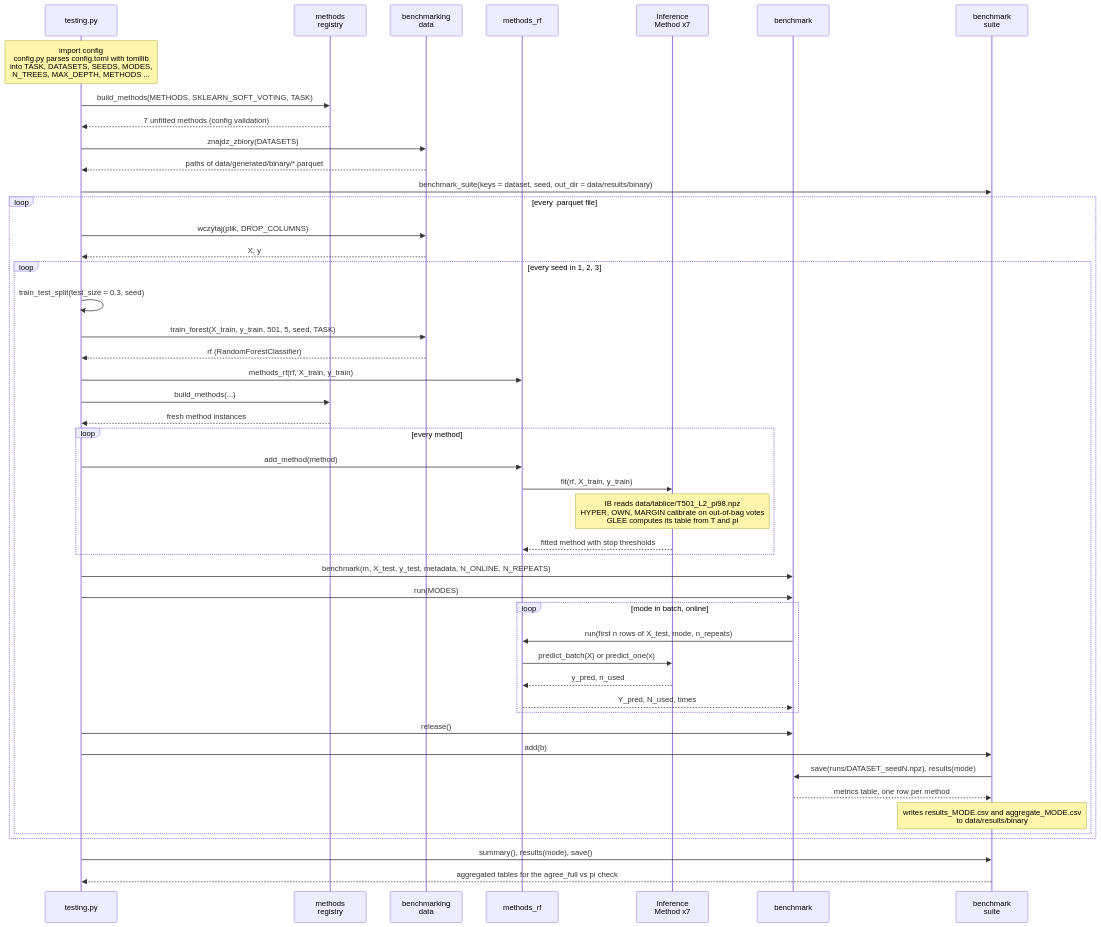
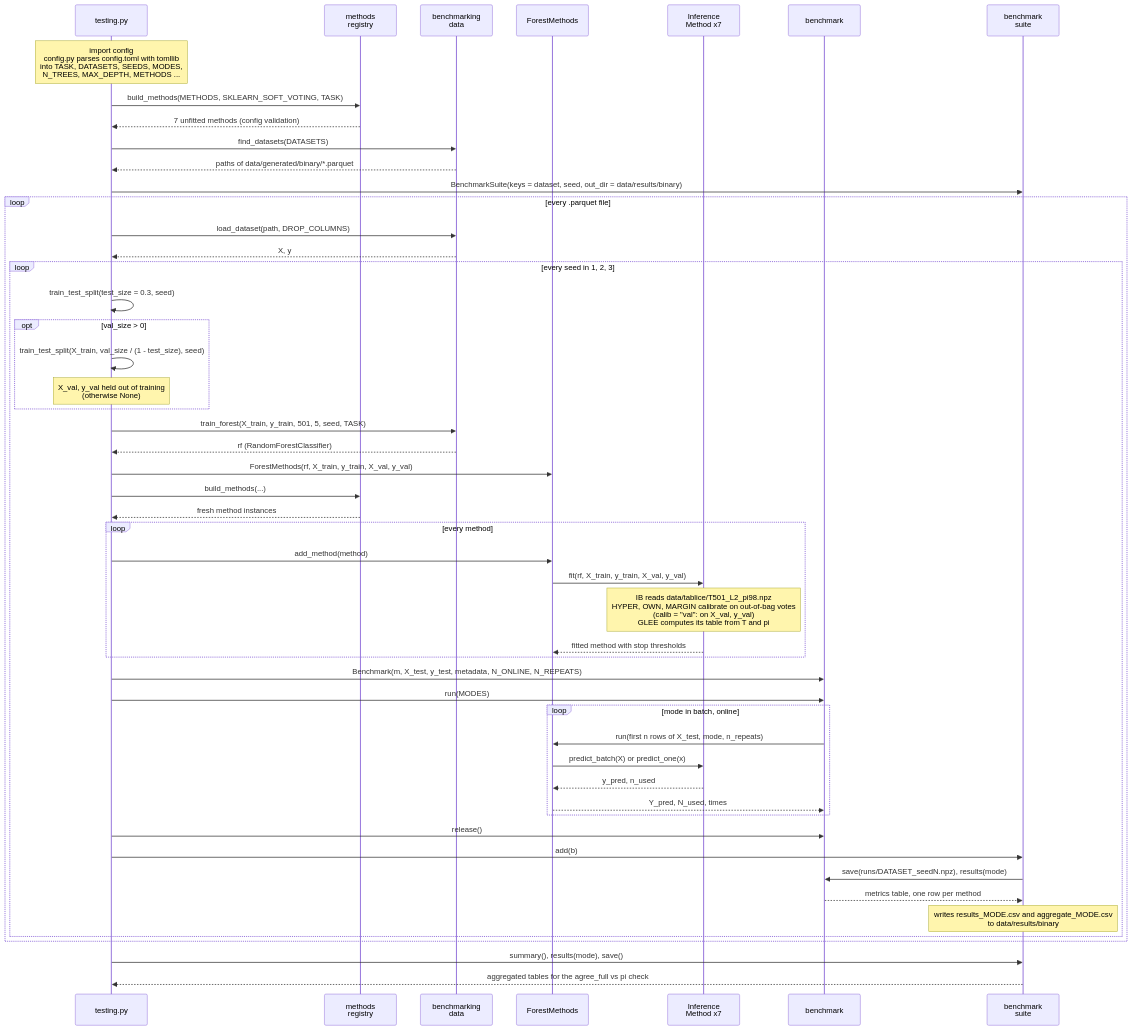
Before and after one commit to wojciech-baraniak05/quick_inference: the diagram in data_flow.md, drawn with Mermaid. The commit also changed other lines of this file and 27 other files, not shown here.

First line of the commit message:
feat: validation-set calibration, per-dataset forest settings, English identifiers

````diff
--- a/data_flow.md
+++ b/data_flow.md
@@ -9,52 +9,56 @@
 ```mermaid
 sequenceDiagram
   participant T as testing.py
   participant R as methods<br/>registry
   participant D as benchmarking<br/>data
-  participant F as methods_rf
+  participant F as ForestMethods
   participant M as Inference<br/>Method x7
   participant B as benchmark
   participant S as benchmark<br/>suite
 
   Note over T: import config<br/>config.py parses config.toml with tomllib<br/>into TASK, DATASETS, SEEDS, MODES,<br/>N_TREES, MAX_DEPTH, METHODS ...
   T->>R: build_methods(METHODS, SKLEARN_SOFT_VOTING, TASK)
   R-->>T: 7 unfitted methods (config validation)
-  T->>D: znajdz_zbiory(DATASETS)
+  T->>D: find_datasets(DATASETS)
   D-->>T: paths of data/generated/binary/*.parquet
-  T->>S: benchmark_suite(keys = dataset, seed, out_dir = data/results/binary)
+  T->>S: BenchmarkSuite(keys = dataset, seed, out_dir = data/results/binary)
 
   loop every .parquet file
-    T->>D: wczytaj(plik, DROP_COLUMNS)
+    T->>D: load_dataset(path, DROP_COLUMNS)
     D-->>T: X, y
     loop every seed in 1, 2, 3
       T->>T: train_test_split(test_size = 0.3, seed)
+      opt val_size > 0
+        T->>T: train_test_split(X_train, val_size / (1 - test_size), seed)
+        Note over T: X_val, y_val held out of training<br/>(otherwise None)
+      end
       T->>D: train_forest(X_train, y_train, 501, 5, seed, TASK)
       D-->>T: rf (RandomForestClassifier)
-      T->>F: methods_rf(rf, X_train, y_train)
+      T->>F: ForestMethods(rf, X_train, y_train, X_val, y_val)
       T->>R: build_methods(...)
       R-->>T: fresh method instances
       loop every method
         T->>F: add_method(method)
-        F->>M: fit(rf, X_train, y_train)
-        Note over M: IB reads data/tablice/T501_L2_pi98.npz<br/>HYPER, OWN, MARGIN calibrate on out-of-bag votes<br/>GLEE computes its table from T and pi
+        F->>M: fit(rf, X_train, y_train, X_val, y_val)
+        Note over M: IB reads data/tablice/T501_L2_pi98.npz<br/>HYPER, OWN, MARGIN calibrate on out-of-bag votes<br/>(calib = "val": on X_val, y_val)<br/>GLEE computes its table from T and pi
         M-->>F: fitted method with stop thresholds
       end
-      T->>B: benchmark(m, X_test, y_test, metadata, N_ONLINE, N_REPEATS)
+      T->>B: Benchmark(m, X_test, y_test, metadata, N_ONLINE, N_REPEATS)
       T->>B: run(MODES)
       loop mode in batch, online
         B->>F: run(first n rows of X_test, mode, n_repeats)
         F->>M: predict_batch(X) or predict_one(x)
         M-->>F: y_pred, n_used
         F-->>B: Y_pred, N_used, times
       end
       T->>B: release()
       T->>S: add(b)
       S->>B: save(runs/DATASET_seedN.npz), results(mode)
       B-->>S: metrics table, one row per method
       Note over S: writes results_MODE.csv and aggregate_MODE.csv<br/>to data/results/binary
     end
   end
 
   T->>S: summary(), results(mode), save()
   S-->>T: aggregated tables for the agree_full vs pi check
 ```
````
